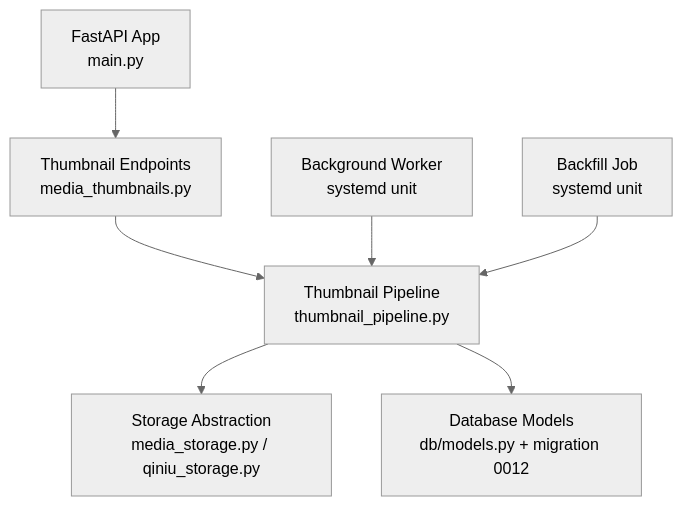
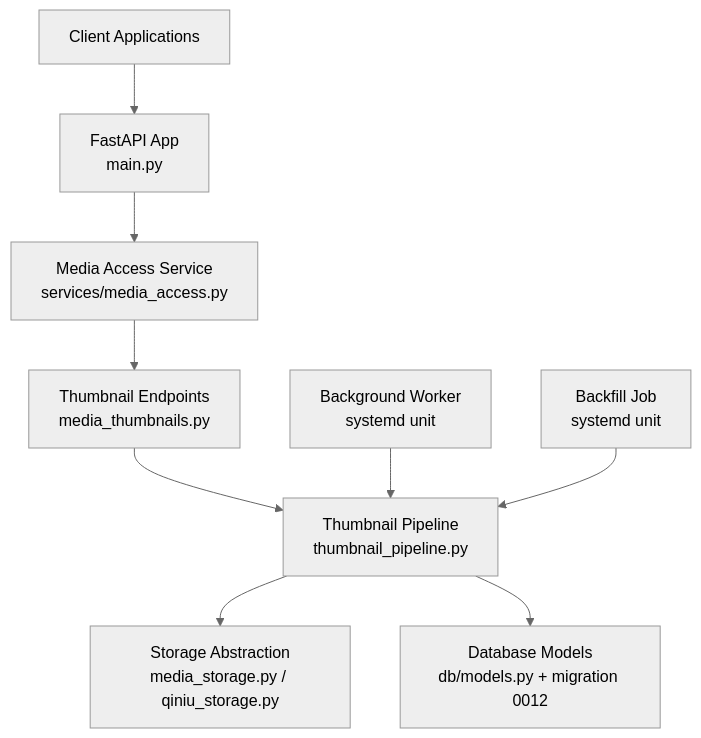
One commit to zuohaisu/wecom-archive changed the first of 11 diagrams in .qoder/repowiki/en/content/Architecture/Storage Abstraction Layer/Thumbnail Generation System.md. Above: the diagram before and after it, drawn with Mermaid (neutral theme). The commit also changed other lines of this file and 84 other files, not shown here.

````diff
--- a/.qoder/repowiki/en/content/Architecture/Storage Abstraction Layer/Thumbnail Generation System.md
+++ b/.qoder/repowiki/en/content/Architecture/Storage Abstraction Layer/Thumbnail Generation System.md
@@ -42,9 +55,11 @@
 ```mermaid
 graph TB
-API["FastAPI App<br/>main.py"] --> Router["Thumbnail Endpoints<br/>media_thumbnails.py"]
+Client["Client Applications"] --> API["FastAPI App<br/>main.py"]
+API --> MediaService["Media Access Service<br/>services/media_access.py"]
+MediaService --> Router["Thumbnail Endpoints<br/>media_thumbnails.py"]
 Router --> Pipeline["Thumbnail Pipeline<br/>thumbnail_pipeline.py"]
 Pipeline --> Storage["Storage Abstraction<br/>media_storage.py / qiniu_storage.py"]
 Pipeline --> DB["Database Models<br/>db/models.py + migration 0012"]
 Worker["Background Worker<br/>systemd unit"] --> Pipeline
 Backfill["Backfill Job<br/>systemd unit"] --> Pipeline
 ```
````
